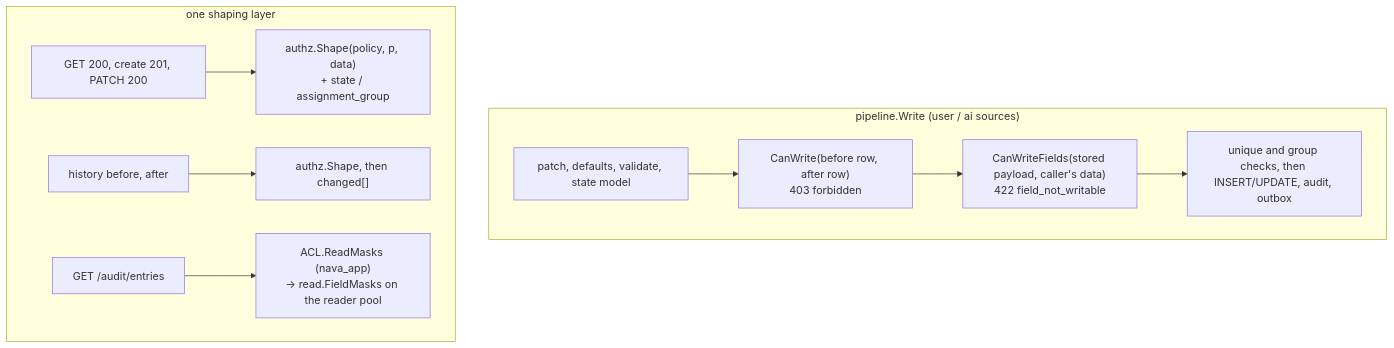
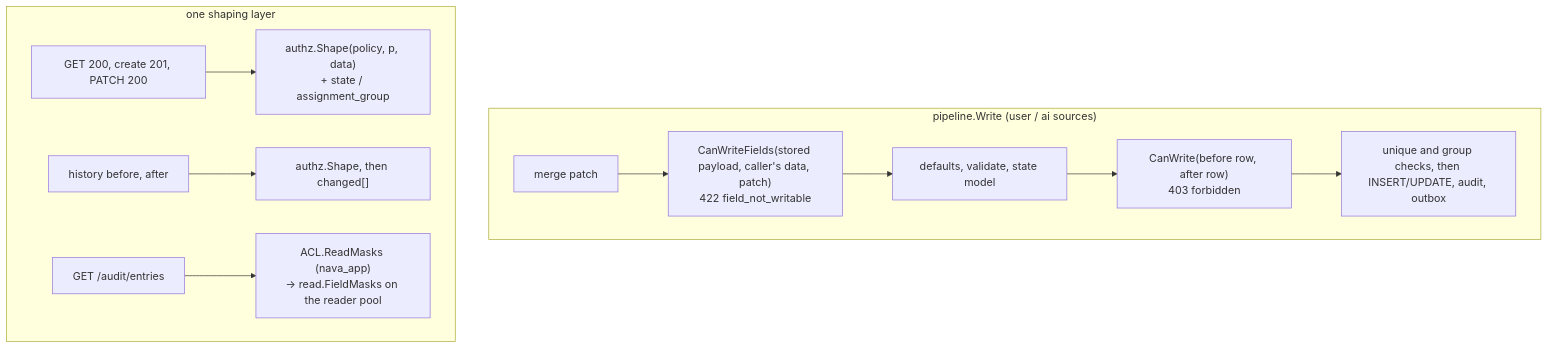
Before and after one commit to Navaladi2019/TicketingSystem: the diagram in docs/architecture/record-field-masks.md, drawn with Mermaid. The commit also changed other lines of this file and 11 other files, not shown here.

First line of the commit message:
TICK-618: a patch is no oracle for a masked field (TICK-633 B1)

````diff
--- a/docs/architecture/record-field-masks.md
+++ b/docs/architecture/record-field-masks.md
@@ -28,13 +28,14 @@
 ```mermaid
 flowchart TB
     subgraph Write["pipeline.Write (user / ai sources)"]
-        V[patch, defaults, validate, state model] --> RW["CanWrite(before row, after row)<br/>403 forbidden"]
-        RW --> FW["CanWriteFields(stored payload, caller's data)<br/>422 field_not_writable"]
-        FW --> U[unique and group checks, then INSERT/UPDATE, audit, outbox]
+        M[merge patch] --> FW["CanWriteFields(stored payload, caller's data, patch)<br/>422 field_not_writable"]
+        FW --> V[defaults, validate, state model]
+        V --> RW["CanWrite(before row, after row)<br/>403 forbidden"]
+        RW --> U[unique and group checks, then INSERT/UPDATE, audit, outbox]
     end
     subgraph Read["one shaping layer"]
         G[GET 200, create 201, PATCH 200] --> SH["authz.Shape(policy, p, data)<br/>+ state / assignment_group"]
         H[history before, after] --> SH2["authz.Shape, then changed[]"]
         AU[GET /audit/entries] --> RM["ACL.ReadMasks (nava_app)<br/>-> read.FieldMasks on the reader pool"]
     end
 ```
````
